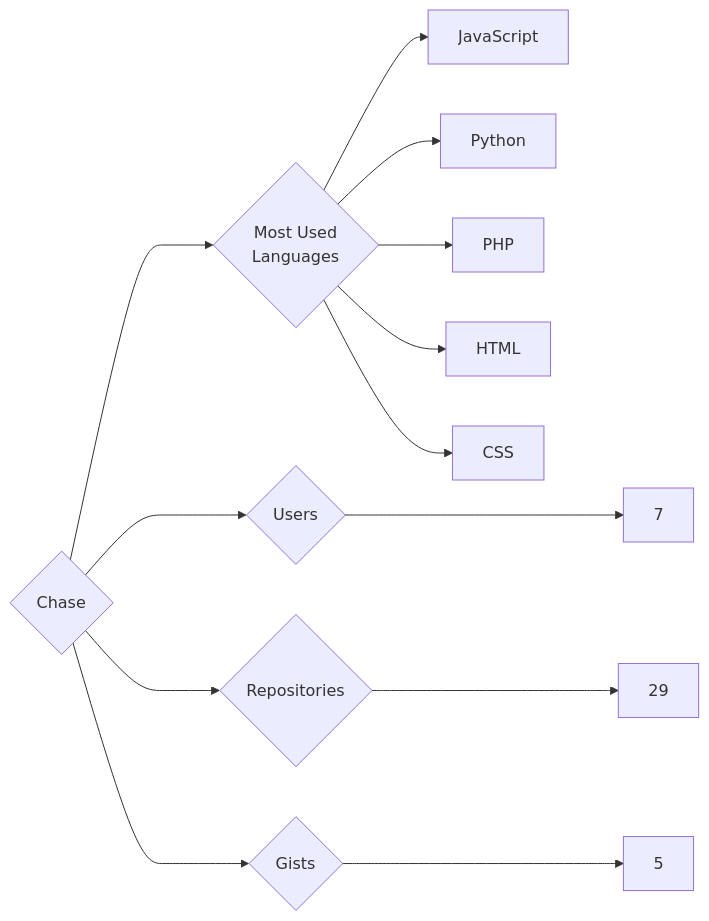
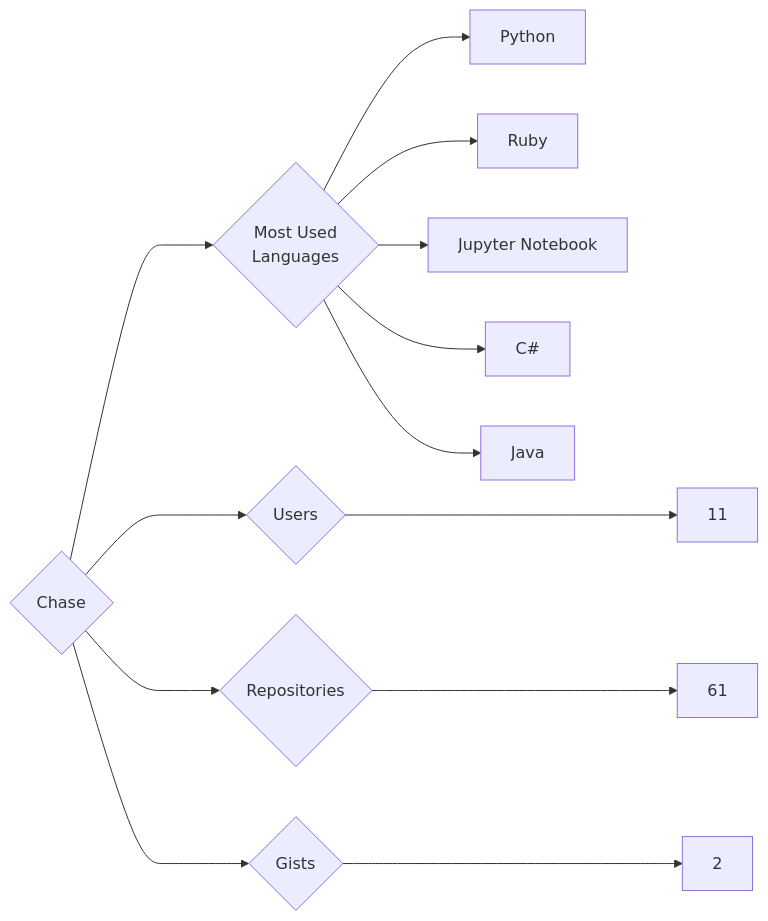
One commit to trickest/insiders changed the diagram in targets/Chase/README.md. Above: the diagram before and after it, drawn with Mermaid. The commit also changed 1314 other files, not shown here.

````diff
--- a/targets/Chase/README.md
+++ b/targets/Chase/README.md
@@ -3,13 +3,13 @@
 ```mermaid
 graph LR
 COMPANY_NAME{Chase}
-COMPANY_NAME ---> U{Users} ---> UN[7]
-COMPANY_NAME ---> R{Repositories} ---> RN[29]
-COMPANY_NAME ---> G{Gists} ---> GN[5]
+COMPANY_NAME ---> U{Users} ---> UN[11]
+COMPANY_NAME ---> R{Repositories} ---> RN[61]
+COMPANY_NAME ---> G{Gists} ---> GN[2]
 COMPANY_NAME ---> ML{Most Used<br>Languages}
-ML --> JavaScript[JavaScript]
 ML --> Python[Python]
-ML --> PHP[PHP]
-ML --> HTML[HTML]
-ML --> CSS[CSS]
+ML --> Ruby[Ruby]
+ML --> Jupyter_Notebook[Jupyter Notebook]
+ML --> C#[C#]
+ML --> Java[Java]
 ```
````
